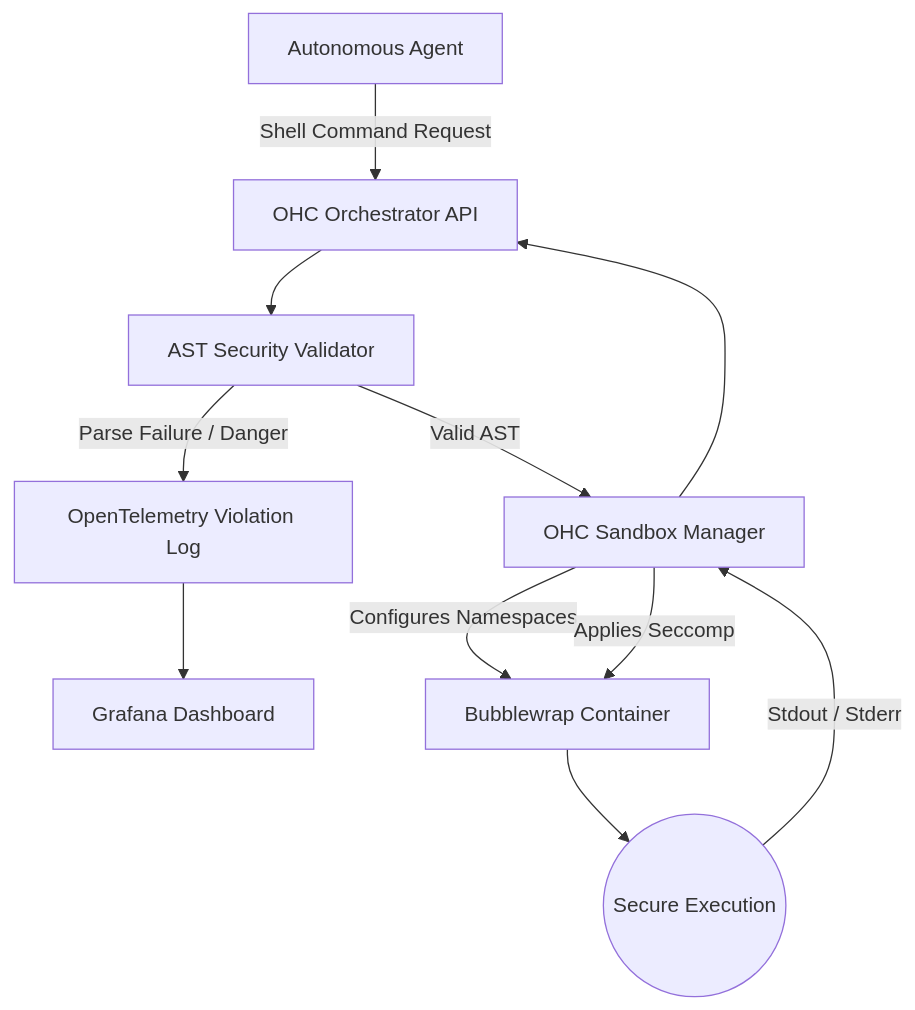
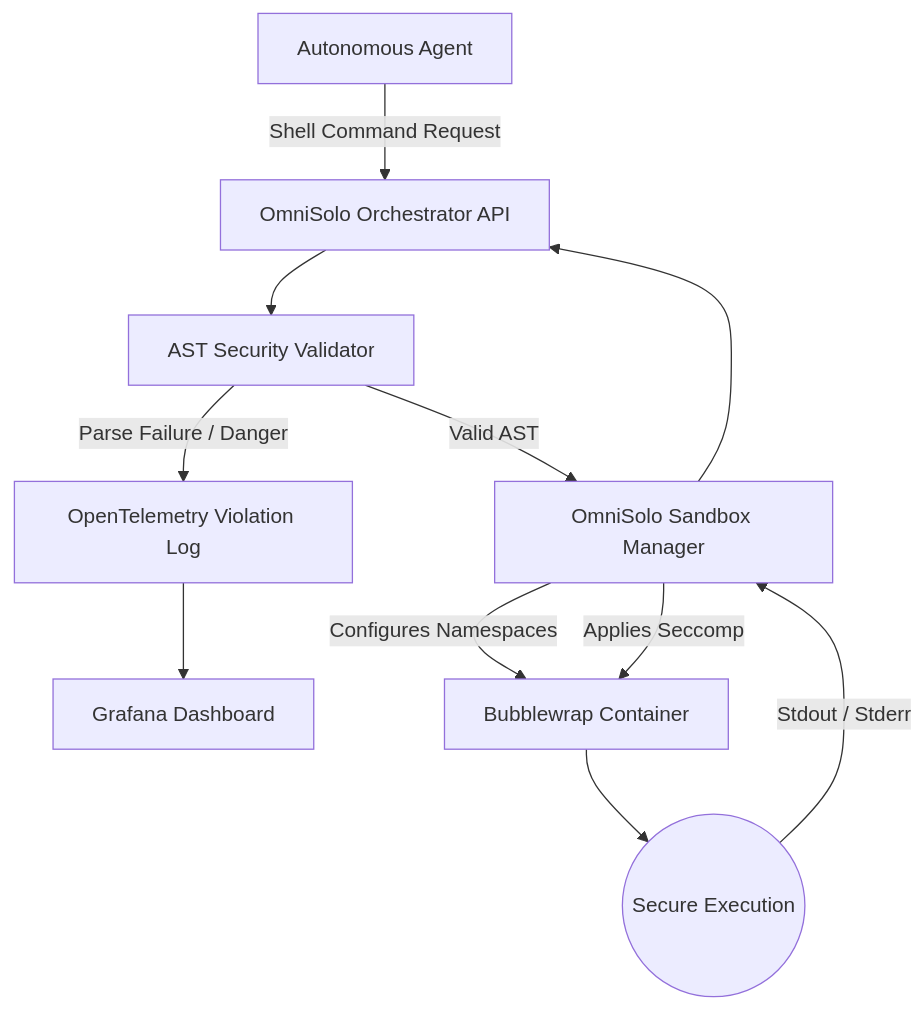
The diagram in docs/technical/research/[research]claude_code_harness_analysis.md (omnisolo-llc/onehumancorp), drawn with Mermaid before and after one commit. The commit also changed other lines of this file and 2191 other files, not shown here.

Commit message:
feat: complete OmniSolo rename and browser audit

````diff
--- a/docs/technical/research/[research]claude_code_harness_analysis.md
+++ b/docs/technical/research/[research]claude_code_harness_analysis.md
@@ -54,16 +54,16 @@
 ```mermaid
 flowchart TD
-    A[Autonomous Agent] -->|Shell Command Request| B[OHC Orchestrator API]
+    A[Autonomous Agent] -->|Shell Command Request| B[OmniSolo Orchestrator API]
     B --> C[AST Security Validator]
 
     C -->|Parse Failure / Danger| D[OpenTelemetry Violation Log]
     D --> E[Grafana Dashboard]
 
-    C -->|Valid AST| F[OHC Sandbox Manager]
+    C -->|Valid AST| F[OmniSolo Sandbox Manager]
     F -->|Configures Namespaces| G[Bubblewrap Container]
     F -->|Applies Seccomp| G
 
     G --> H((Secure Execution))
     H -->|Stdout / Stderr| F
     F --> B
 ```
````
